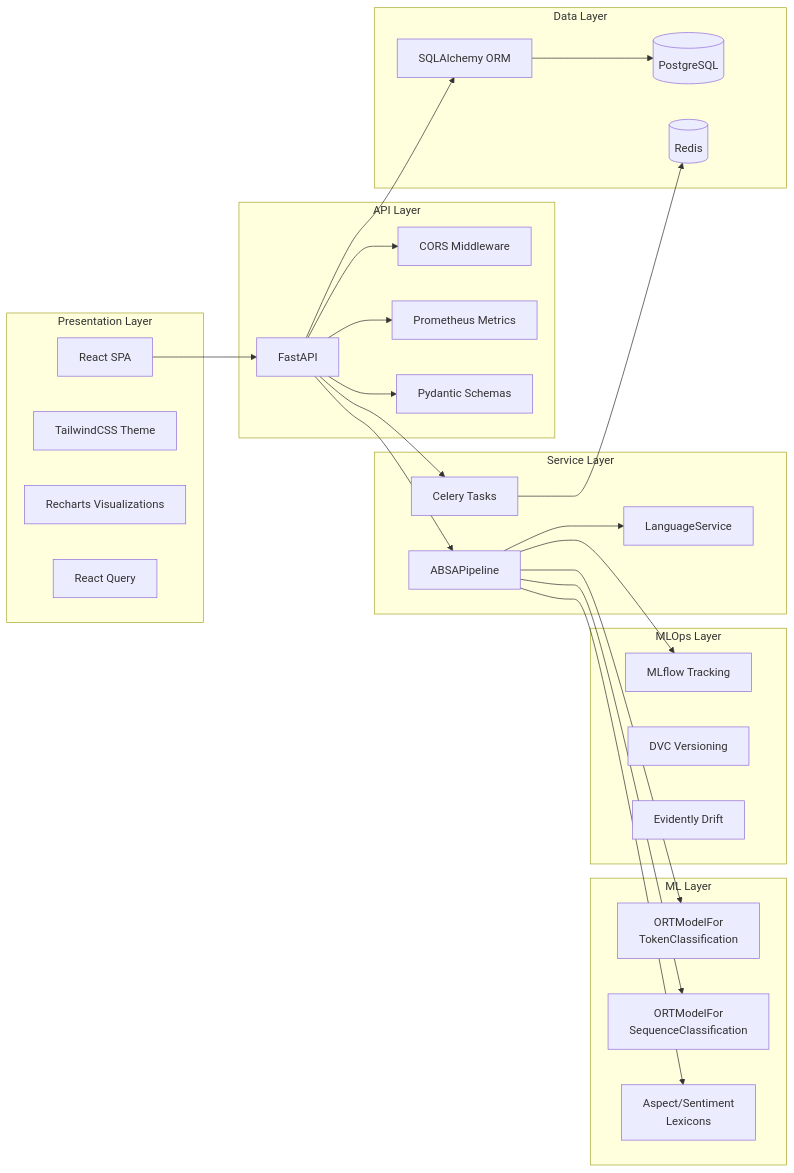
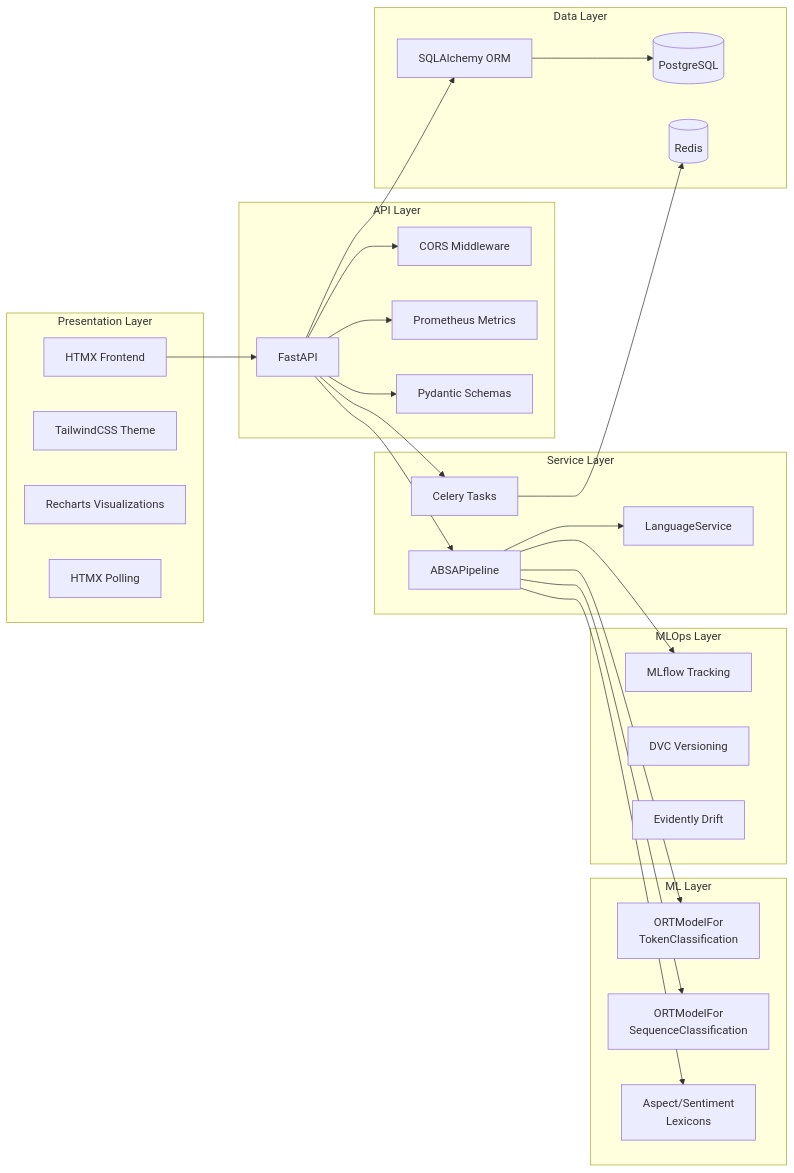
One commit to Aryanmishra-dev/Multilingual-Absa changed the second of 6 diagrams in docs/architecture.md. Above: the diagram before and after it, drawn with Mermaid. The commit also changed other lines of this file and 32 other files, not shown here.

````diff
--- a/docs/architecture.md
+++ b/docs/architecture.md
@@ -43,50 +43,50 @@
 ```mermaid
 graph LR
     subgraph "Presentation Layer"
-        SPA[React SPA]
+        SPA[HTMX Frontend]
         T_TAIL[TailwindCSS Theme]
         RECH[Recharts Visualizations]
-        RQ[React Query]
+        RQ[HTMX Polling]
     end
     subgraph "API Layer"
         FAST[FastAPI]
         CORS[CORS Middleware]
         PROM[Prometheus Metrics]
         PYD[Pydantic Schemas]
     end
     subgraph "Service Layer"
         ABSA[ABSAPipeline]
         LANG[LanguageService]
         CEL[Celery Tasks]
     end
     subgraph "Data Layer"
         SQLA[SQLAlchemy ORM]
         PG[(PostgreSQL)]
         RED[(Redis)]
     end
     subgraph "ML Layer"
         ONNX_A[ORTModelFor<br/>TokenClassification]
         ONNX_S[ORTModelFor<br/>SequenceClassification]
         LEXICON[Aspect/Sentiment<br/>Lexicons]
     end
     subgraph "MLOps Layer"
         MLF[MLflow Tracking]
         DVC[DVC Versioning]
         EVI[Evidently Drift]
     end
 
     SPA --> FAST
     FAST --> CORS
     FAST --> PROM
     FAST --> PYD
     FAST --> ABSA
     FAST --> CEL
     ABSA --> LANG
     ABSA --> ONNX_A
     ABSA --> ONNX_S
     ABSA --> LEXICON
     CEL --> RED
     FAST --> SQLA
     SQLA --> PG
     ABSA --> MLF
 ```
````
